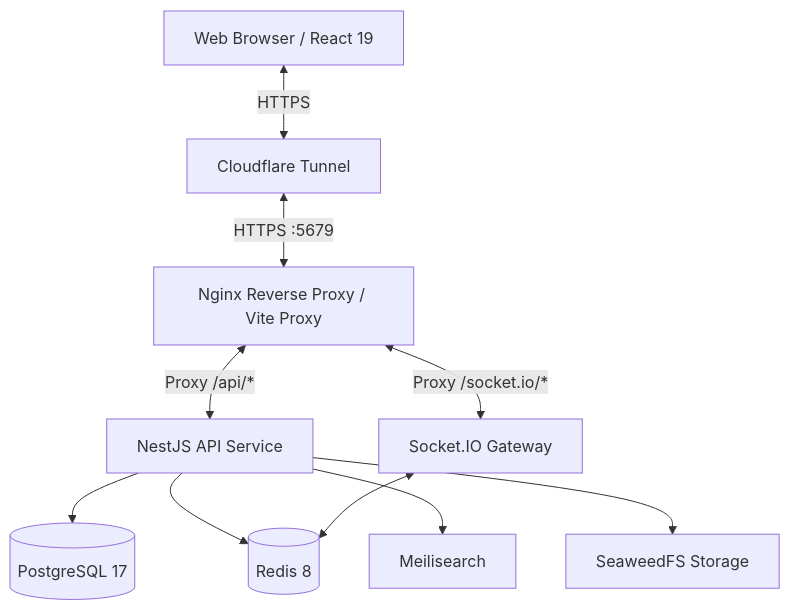
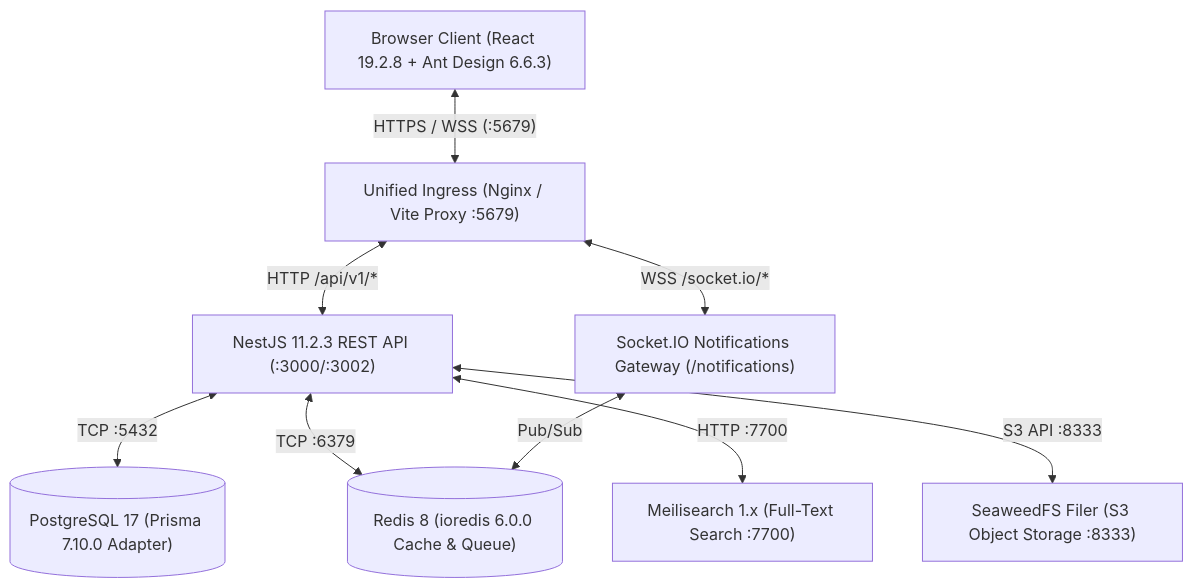
The first of 3 diagrams in .planning/codebase/ARCHITECTURE.md (zonprox/uims), drawn with Mermaid before and after one commit. The commit also changed other lines of this file and 6 other files, not shown here.

````diff
--- a/.planning/codebase/ARCHITECTURE.md
+++ b/.planning/codebase/ARCHITECTURE.md
@@ -8,23 +6,20 @@
 ```mermaid
 flowchart TD
-    Client[Web Browser / React 19]
-    subagent_tunnel[Cloudflare Tunnel]
-    Nginx[Nginx Reverse Proxy / Vite Proxy]
-    API[NestJS API Service]
-    Socket[Socket.IO Gateway]
-    Postgres[(PostgreSQL 17)]
-    Redis[(Redis 8)]
-    Meili[Meilisearch]
-    SeaweedFS[SeaweedFS Storage]
+    Client["Browser Client (React 19.2.8 + Ant Design 6.6.3)"]
+    Proxy["Unified Ingress (Nginx / Vite Proxy :5679)"]
+    API["NestJS 11.2.3 REST API (:3000/:3002)"]
+    WS["Socket.IO Notifications Gateway (/notifications)"]
+    PG[("PostgreSQL 17 (Prisma 7.10.0 Adapter)")]
+    Redis[("Redis 8 (ioredis 6.0.0 Cache & Queue)")]
+    Meili["Meilisearch 1.x (Full-Text Search :7700)"]
+    Seaweed["SeaweedFS Filer (S3 Object Storage :8333)"]
 
-    Client <-->|HTTPS| subagent_tunnel
-    subagent_tunnel <-->|HTTPS :5679| Nginx
-    Nginx <-->|Proxy /api/*| API
-    Nginx <-->|Proxy /socket.io/*| Socket
-    
-    API --> Postgres
-    API --> Redis
-    Socket <--> Redis
-    API --> Meili
-    API --> SeaweedFS
+    Client <-->|"HTTPS / WSS (:5679)"| Proxy
+    Proxy <-->|"HTTP /api/v1/*"| API
+    Proxy <-->|"WSS /socket.io/*"| WS
+    API <-->|"TCP :5432"| PG
+    API <-->|"TCP :6379"| Redis
+    WS <-->|"Pub/Sub"| Redis
+    API <-->|"HTTP :7700"| Meili
+    API <-->|"S3 API :8333"| Seaweed
 ```
````
